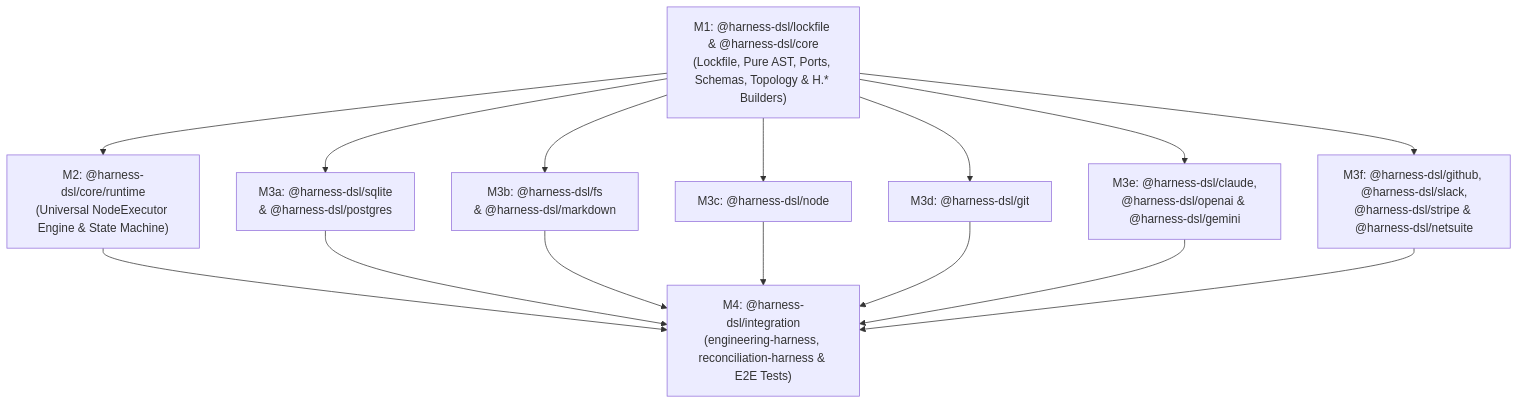
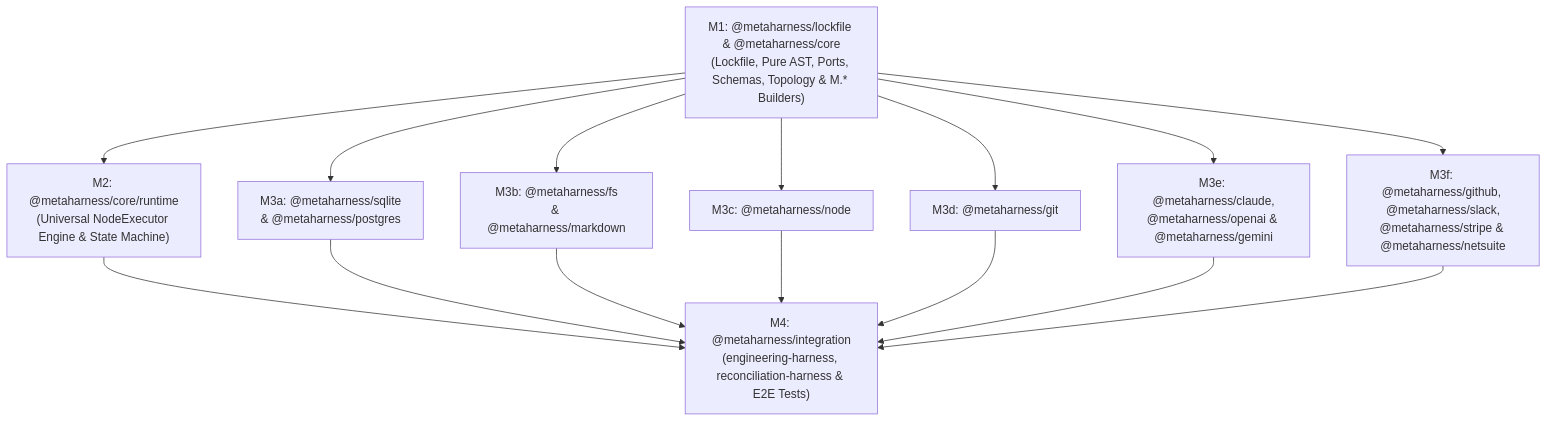
One commit to paraharness/paraharness changed the diagram in docs/plan/INDEX.md. Above: the diagram before and after it, drawn with Mermaid. The commit also changed other lines of this file and 627 other files, not shown here.

Commit message:
refactor: rename package scope to @metaharness/* and DSL facade to M.*

````diff
--- a/docs/plan/INDEX.md
+++ b/docs/plan/INDEX.md
@@ -13,28 +13,28 @@
 ```mermaid
 flowchart TD
-    M1["M1: @harness-dsl/lockfile & @harness-dsl/core<br/>(Lockfile, Pure AST, Ports, Schemas, Topology & H.* Builders)"]
-    M2["M2: @harness-dsl/core/runtime<br/>(Universal NodeExecutor Engine & State Machine)"]
-    M3a["M3a: @harness-dsl/sqlite<br/>& @harness-dsl/postgres"]
-    M3b["M3b: @harness-dsl/fs<br/>& @harness-dsl/markdown"]
-    M3c["M3c: @harness-dsl/node"]
-    M3d["M3d: @harness-dsl/git"]
-    M3e["M3e: @harness-dsl/claude,<br/>@harness-dsl/openai & @harness-dsl/gemini"]
-    M3f["M3f: @harness-dsl/github, @harness-dsl/slack,<br/>@harness-dsl/stripe & @harness-dsl/netsuite"]
-    M4["M4: @harness-dsl/integration<br/>(engineering-harness, reconciliation-harness & E2E Tests)"]
+    M1["M1: @metaharness/lockfile & @metaharness/core<br/>(Lockfile, Pure AST, Ports, Schemas, Topology & M.* Builders)"]
+    M2["M2: @metaharness/core/runtime<br/>(Universal NodeExecutor Engine & State Machine)"]
+    M3a["M3a: @metaharness/sqlite<br/>& @metaharness/postgres"]
+    M3b["M3b: @metaharness/fs<br/>& @metaharness/markdown"]
+    M3c["M3c: @metaharness/node"]
+    M3d["M3d: @metaharness/git"]
+    M3e["M3e: @metaharness/claude,<br/>@metaharness/openai & @metaharness/gemini"]
+    M3f["M3f: @metaharness/github, @metaharness/slack,<br/>@metaharness/stripe & @metaharness/netsuite"]
+    M4["M4: @metaharness/integration<br/>(engineering-harness, reconciliation-harness & E2E Tests)"]
 
     M1 --> M2
     M1 --> M3a
     M1 --> M3b
     M1 --> M3c
     M1 --> M3d
     M1 --> M3e
     M1 --> M3f
 
     M2 --> M4
     M3a --> M4
     M3b --> M4
     M3c --> M4
     M3d --> M4
     M3e --> M4
     M3f --> M4
 ```
````
